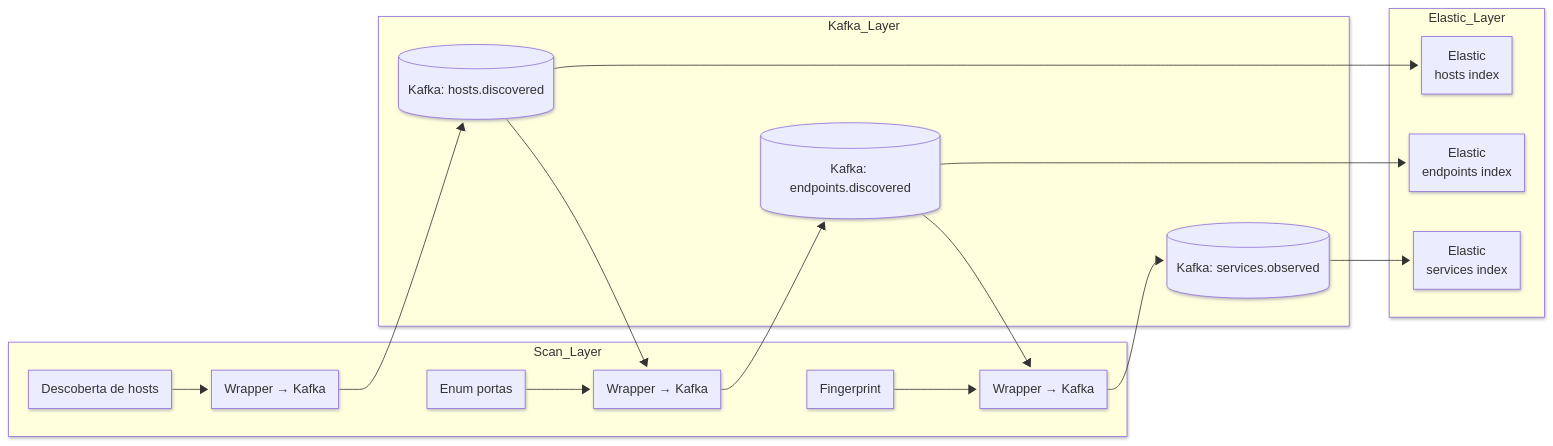
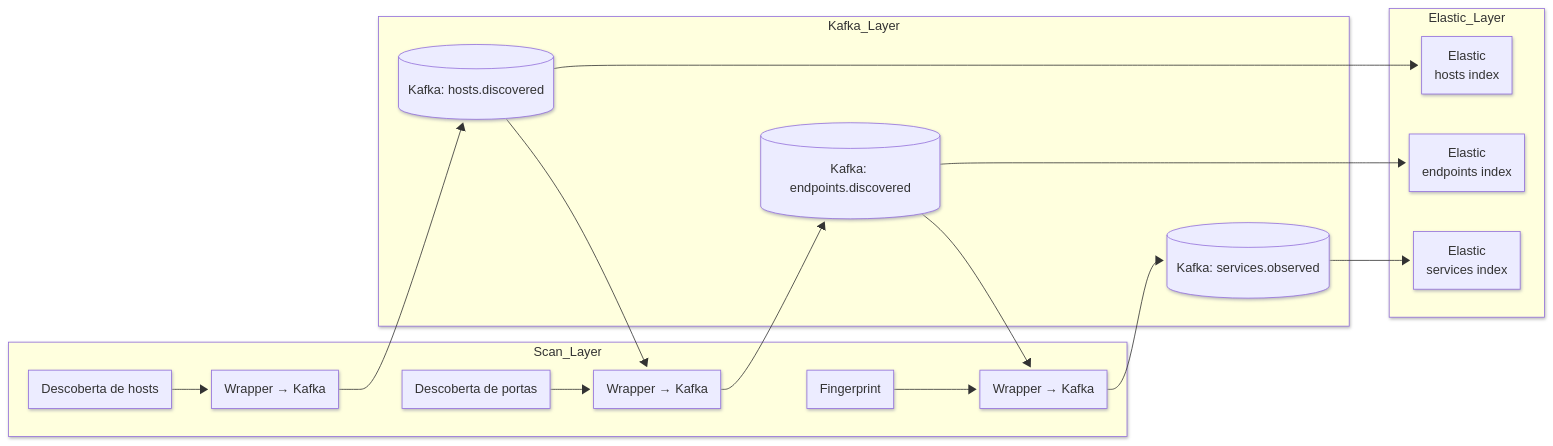
Before and after one commit to isobatch/.github: the diagram in mermaid.mmd, drawn with Mermaid.

Commit message:
Update Masscan label to 'Descoberta de portas'

```diff
--- a/mermaid.mmd
+++ b/mermaid.mmd
@@ -1,32 +1,32 @@
 ---
 config:
   look: neo
 ---
 flowchart LR
  subgraph Scan_Layer["Scan_Layer"]
         ZMapWrapper["Wrapper → Kafka"]
         ZMap["Descoberta de hosts"]
         MasscanWrapper["Wrapper → Kafka"]
-        Masscan["Enum portas"]
+        Masscan["Descoberta de portas"]
         BGrabWrapper["Wrapper → Kafka"]
         BGrab["Fingerprint"]
   end
  subgraph Kafka_Layer["Kafka_Layer"]
         KafkaHosts[("Kafka: hosts.discovered")]
         KafkaEndpoints[("Kafka: endpoints.discovered")]
         KafkaServices[("Kafka: services.observed")]
   end
  subgraph Elastic_Layer["Elastic_Layer"]
         ElasticHosts["Elastic\nhosts index"]
         ElasticEndpoints["Elastic\nendpoints index"]
         ElasticServices["Elastic\nservices index"]
   end
     ZMap --> ZMapWrapper
     Masscan --> MasscanWrapper
     BGrab --> BGrabWrapper
     ZMapWrapper --> KafkaHosts
     KafkaHosts --> MasscanWrapper & ElasticHosts
     MasscanWrapper --> KafkaEndpoints
     KafkaEndpoints --> BGrabWrapper & ElasticEndpoints
     BGrabWrapper --> KafkaServices
     KafkaServices --> ElasticServices
```
